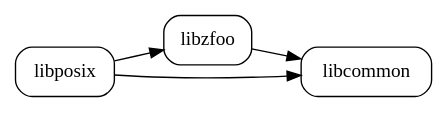
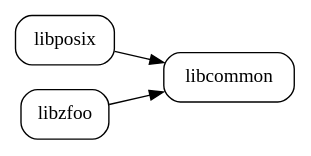
The second of 2 diagrams in doc/services/portability/posix/implementation/index.rst (zephyrproject-rtos/zephyr), drawn with Graphviz before and after one commit.

Commit message:
doc: posix: fix mutual dependency digraph
Fix the second directed graph where it shows how to break up a
dependency cycle.

```diff
--- a/doc/services/portability/posix/implementation/index.rst
+++ b/doc/services/portability/posix/implementation/index.rst
@@ -59,15 +59,14 @@
 .. graphviz::
    :caption: Mutual dependencies between POSIX and other Zephyr libraries
 
    digraph {
        node [shape=rect, style=rounded];
        rankdir=LR;
 
        libposix [fillcolor="#d5e8d4"];
        libzfoo [fillcolor="#dae8fc"];
        libcommon [fillcolor="#f8cecc"];
 
-       libposix -> libzfoo;
        libposix -> libcommon;
        libzfoo -> libcommon;
    }
```
